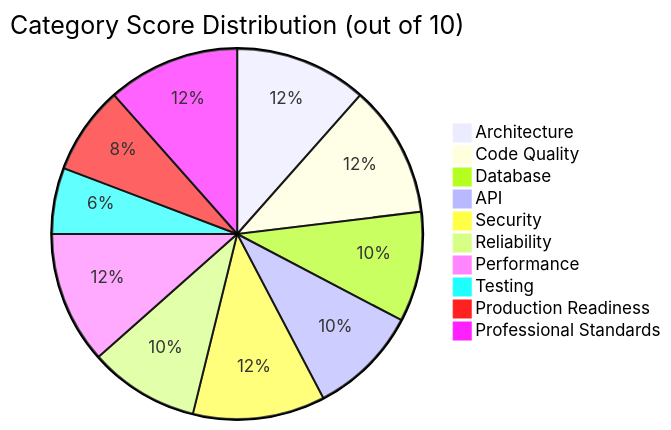
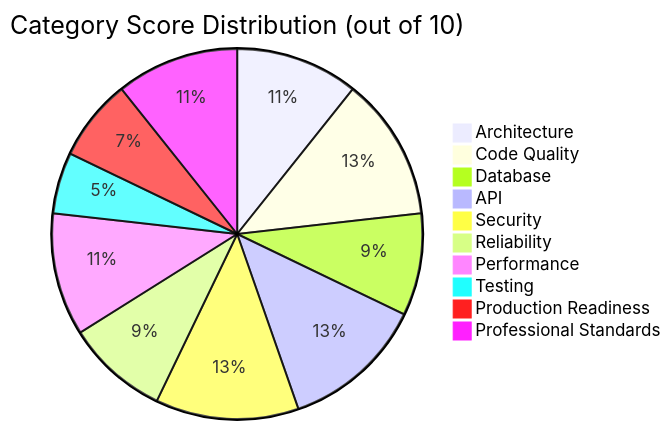
The diagram in docs/ENGINEERING_ASSESSMENT_2026-07-26.md (Franktorio/database-service), drawn with Mermaid before and after one commit. The commit also changed other lines of this file, not shown here.

````diff
--- a/docs/ENGINEERING_ASSESSMENT_2026-07-26.md
+++ b/docs/ENGINEERING_ASSESSMENT_2026-07-26.md
@@ -37,13 +39,13 @@
 ```mermaid
 pie title Category Score Distribution (out of 10)
   "Architecture" : 6
-  "Code Quality" : 6
+  "Code Quality" : 7
   "Database" : 5
-  "API" : 5
-  "Security" : 6
+  "API" : 7
+  "Security" : 7
   "Reliability" : 5
   "Performance" : 6
   "Testing" : 3
   "Production Readiness" : 4
   "Professional Standards" : 6
 ```
````
